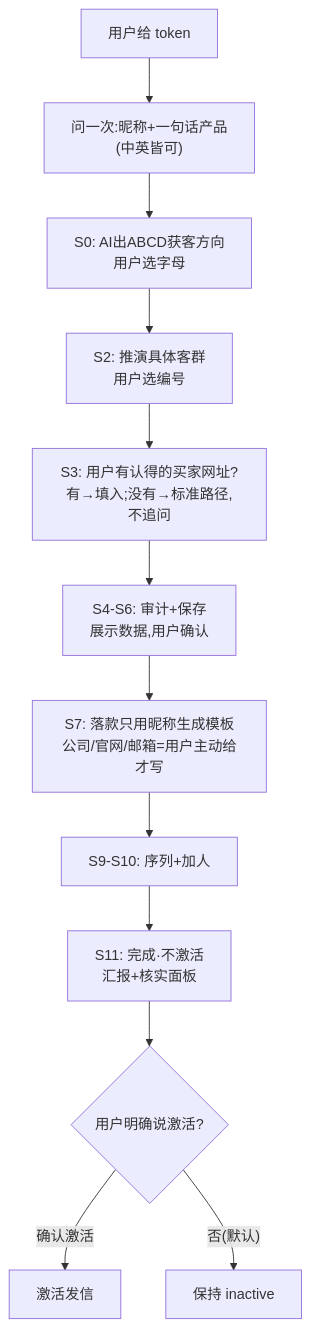
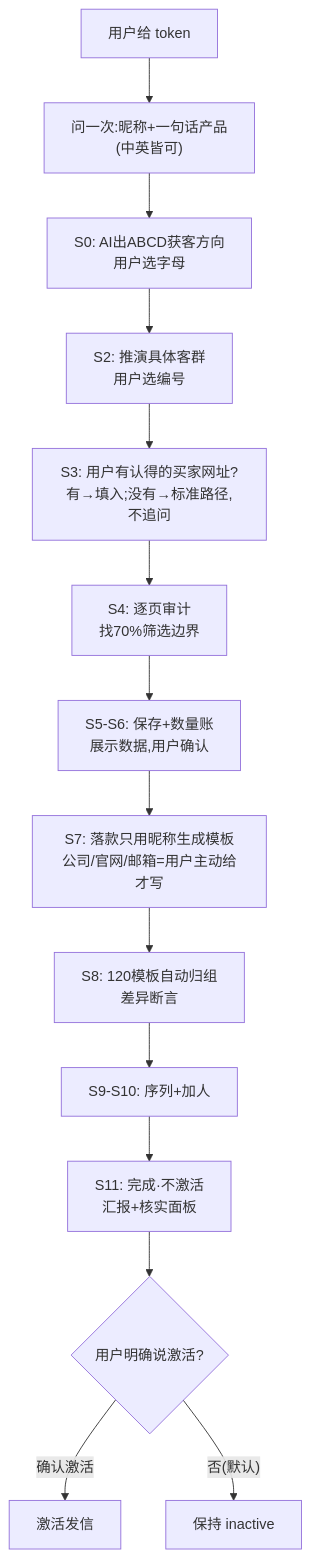
Before and after one commit to tony-apan/laifaxin-b2b-sales: the diagram in SKILL.md, drawn with Mermaid. The commit also changed other lines of this file, not shown here.

Commit message:
v0.2.17: SKILL强化收口——终审P1清零(三步走一句话产品)+P2批(模板枚举/反例去重/图简化说明)

````diff
--- a/SKILL.md
+++ b/SKILL.md
@@ -23,14 +23,16 @@
 ```mermaid
 flowchart TD
     T["用户给 token"] --> N["问一次:昵称+一句话产品<br/>(中英皆可)"]
     N --> S0["S0: AI出ABCD获客方向<br/>用户选字母"]
     S0 --> S2["S2: 推演具体客群<br/>用户选编号"]
     S2 --> S3["S3: 用户有认得的买家网址?<br/>有→填入;没有→标准路径,不追问"]
-    S3 --> S4["S4-S6: 审计+保存<br/>展示数据,用户确认"]
-    S4 --> S7["S7: 落款只用昵称生成模板<br/>公司/官网/邮箱=用户主动给才写"]
-    S7 --> S9["S9-S10: 序列+加人"]
+    S3 --> S4["S4: 逐页审计<br/>找70%筛选边界"]
+    S4 --> S5["S5-S6: 保存+数量账<br/>展示数据,用户确认"]
+    S5 --> S7["S7: 落款只用昵称生成模板<br/>公司/官网/邮箱=用户主动给才写"]
+    S7 --> S8["S8: 120模板自动归组<br/>差异断言"]
+    S8 --> S9["S9-S10: 序列+加人"]
     S9 --> S11["S11: 完成·不激活<br/>汇报+核实面板"]
     S11 --> S12{"用户明确说激活?"}
     S12 -- "确认激活" --> ACT["激活发信"]
     S12 -- "否(默认)" --> WAIT["保持 inactive"]
 ```
````
